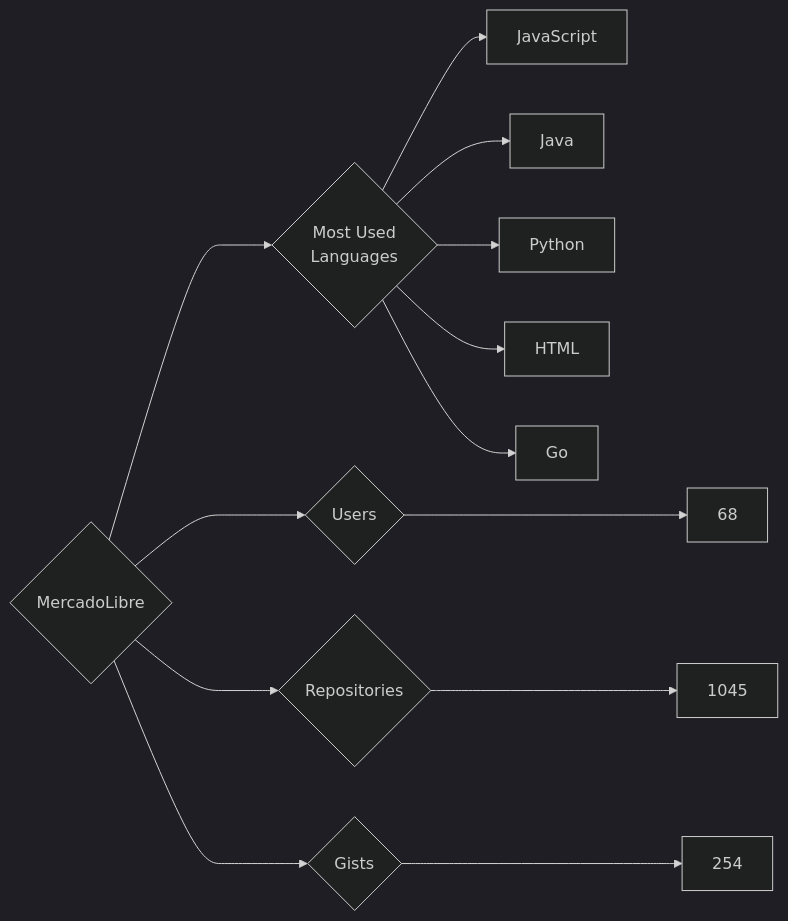
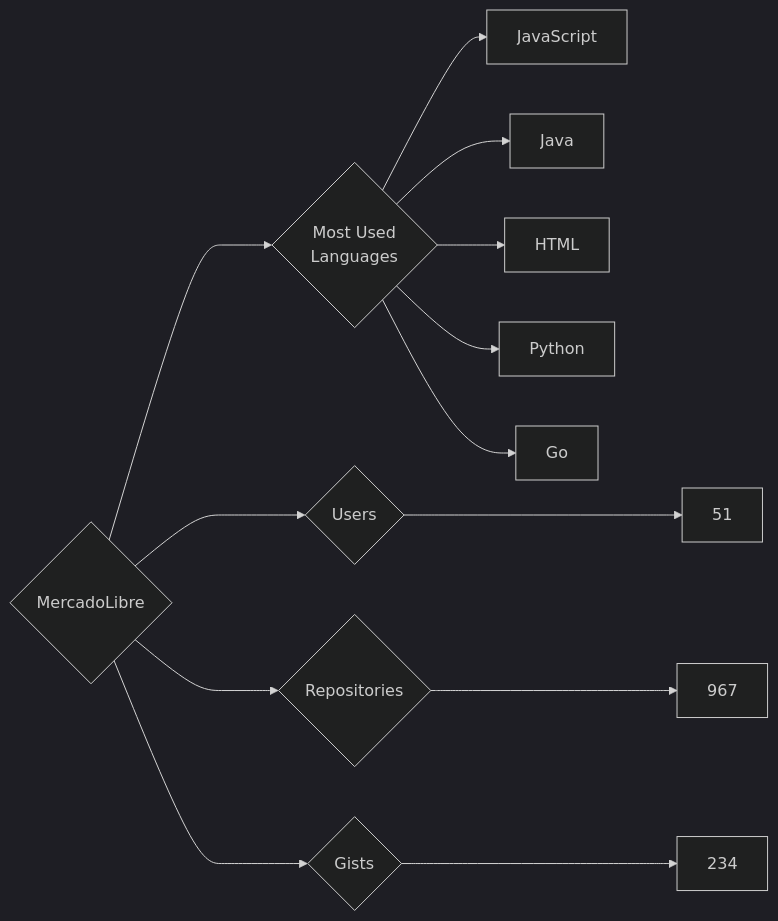
Before and after one commit to trickest/insiders: the diagram in targets/MercadoLibre/README.md, drawn with Mermaid (dark theme). The commit also changed 953 other files, not shown here.

````diff
--- a/targets/MercadoLibre/README.md
+++ b/targets/MercadoLibre/README.md
@@ -3,13 +3,13 @@
 ```mermaid
 graph LR
 COMPANY_NAME{MercadoLibre}
-COMPANY_NAME ---> U{Users} ---> UN[68]
-COMPANY_NAME ---> R{Repositories} ---> RN[1045]
-COMPANY_NAME ---> G{Gists} ---> GN[254]
+COMPANY_NAME ---> U{Users} ---> UN[51]
+COMPANY_NAME ---> R{Repositories} ---> RN[967]
+COMPANY_NAME ---> G{Gists} ---> GN[234]
 COMPANY_NAME ---> ML{Most Used<br>Languages}
 ML --> JavaScript[JavaScript]
 ML --> Java[Java]
+ML --> HTML[HTML]
 ML --> Python[Python]
-ML --> HTML[HTML]
 ML --> Go[Go]
 ```
````
